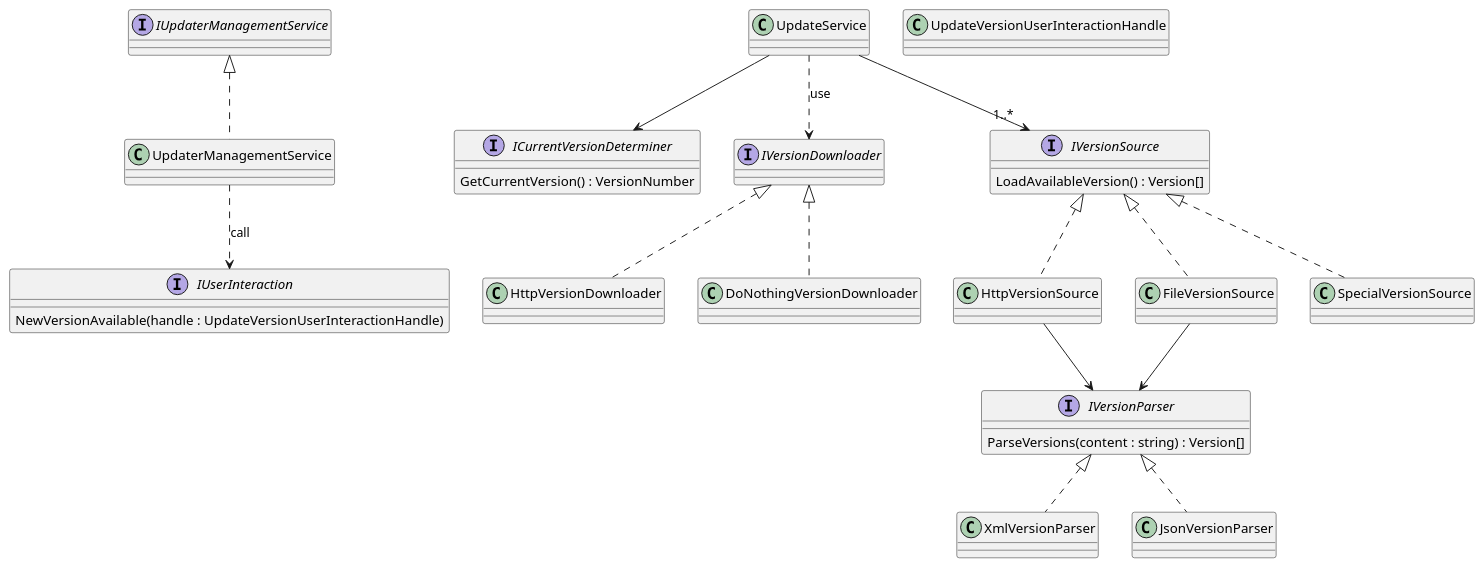
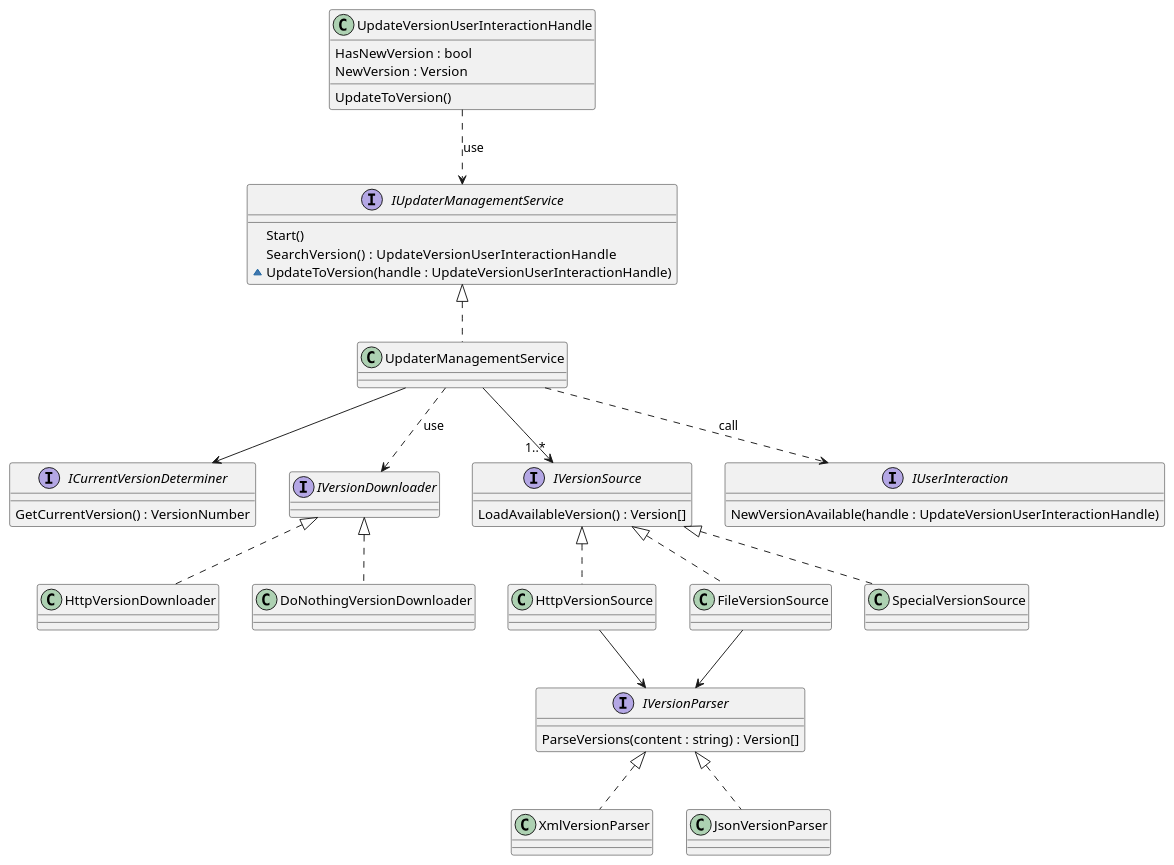
Before and after one commit to jasase/autoupdate.net: the diagram in doc/diagrams/services.md, drawn with PlantUML. The commit also changed 1 other file, not shown here.

```diff
--- a/doc/diagrams/services.md
+++ b/doc/diagrams/services.md
@@ -1,7 +1,9 @@
 @startuml
 
 interface IUpdaterManagementService {
-    
+    Start()
+    SearchVersion()   : UpdateVersionUserInteractionHandle  
+    ~ UpdateToVersion(handle : UpdateVersionUserInteractionHandle)   
 }
 class UpdaterManagementService {
     
@@ -56,17 +58,24 @@
 HttpVersionSource --> IVersionParser
 FileVersionSource --> IVersionParser
 
-UpdateService --> "1..*" IVersionSource
-UpdateService --> ICurrentVersionDeterminer
-UpdateService ..> IVersionDownloader : use
 
 interface IUserInteraction {
     NewVersionAvailable(handle : UpdateVersionUserInteractionHandle)
 }
-class UpdateVersionUserInteractionHandle {
+class UpdateVersionUserInteractionHandle {    
+    HasNewVersion : bool
+    NewVersion : Version    
+    
+    UpdateToVersion()
+}
 
-}
+UpdateVersionUserInteractionHandle ..> IUpdaterManagementService : use
+
+UpdaterManagementService --> "1..*" IVersionSource
+UpdaterManagementService --> ICurrentVersionDeterminer
+UpdaterManagementService ..> IVersionDownloader : use
 UpdaterManagementService ..> IUserInteraction : call
 
 
+
 @enduml
```
